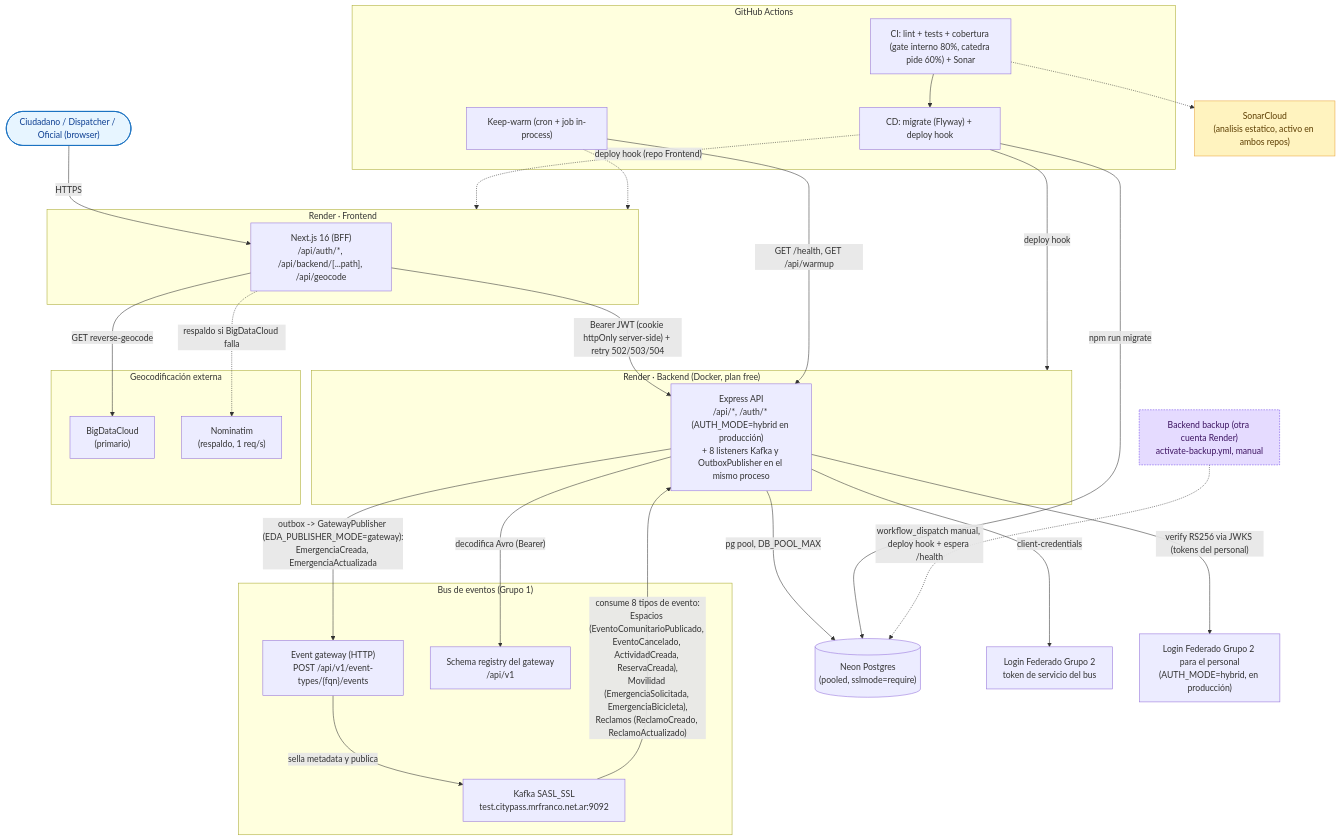
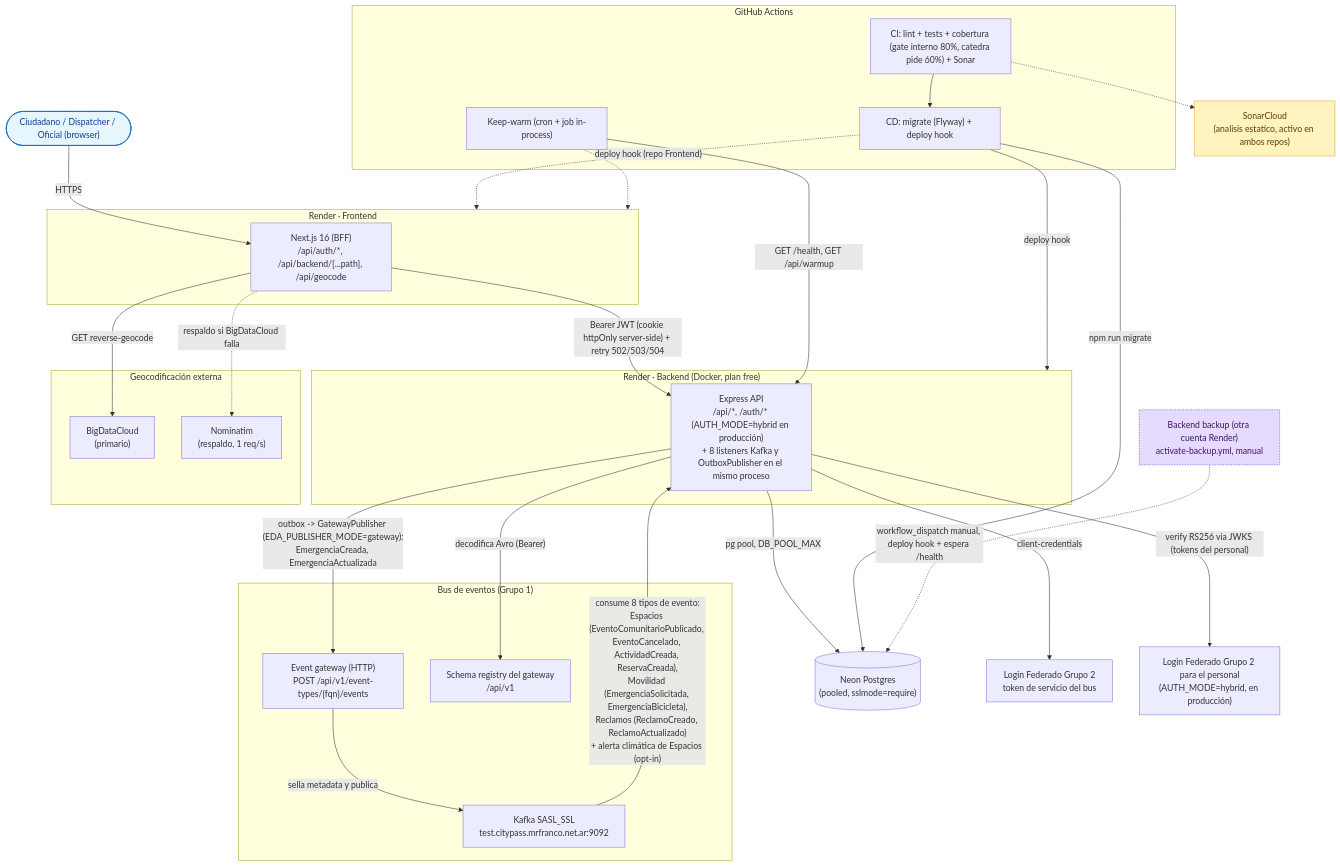
The first of 2 diagrams in docs/diagramas/03-arquitectura.md (G6D2/emergencias-backend), drawn with Mermaid before and after one commit. The commit also changed other lines of this file and 26 other files, not shown here.

First line of the commit message:
feat(alerta-climatica): responder a las alertas climáticas de Espacios (ADR #39) (#122)

````diff
--- a/docs/diagramas/03-arquitectura.md
+++ b/docs/diagramas/03-arquitectura.md
@@ -8,63 +8,63 @@
 ```mermaid
 flowchart TB
     ciudadano(["Ciudadano / Dispatcher / Oficial (browser)"]):::actor
 
     subgraph rfe["Render · Frontend"]
         bff["Next.js 16 (BFF)<br/>/api/auth/*, /api/backend/[...path], /api/geocode"]
     end
 
     subgraph rbe["Render · Backend (Docker, plan free)"]
         api["Express API<br/>/api/*, /auth/* (AUTH_MODE=hybrid en producción)<br/>+ 8 listeners Kafka y OutboxPublisher en el mismo proceso"]
     end
 
     neon[("Neon Postgres<br/>(pooled, sslmode=require)")]
 
     subgraph edaGroup["Bus de eventos (Grupo 1)"]
         kafka["Kafka SASL_SSL<br/>test.citypass.mrfranco.net.ar:9092"]
         gateway["Event gateway (HTTP)<br/>POST /api/v1/event-types/{fqn}/events"]
         registry["Schema registry del gateway<br/>/api/v1"]
     end
 
     login["Login Federado Grupo 2<br/>token de servicio del bus"]
     idp["Login Federado Grupo 2 para el personal<br/>(AUTH_MODE=hybrid, en producción)"]
 
     subgraph geo["Geocodificación externa"]
         bdc["BigDataCloud<br/>(primario)"]
         nom["Nominatim<br/>(respaldo, 1 req/s)"]
     end
 
     subgraph gha["GitHub Actions"]
         ci["CI: lint + tests + cobertura (gate interno 80%, catedra pide 60%) + Sonar"]
         cd["CD: migrate (Flyway) + deploy hook"]
         kw["Keep-warm (cron + job in-process)"]
     end
 
     sonar["SonarCloud<br/>(analisis estatico, activo en ambos repos)"]:::optional
 
     backup["Backend backup (otra cuenta Render)<br/>activate-backup.yml, manual"]:::backup
 
     ciudadano -->|HTTPS| bff
     bff -->|"Bearer JWT (cookie httpOnly server-side) + retry 502/503/504"| api
     api -->|"pg pool, DB_POOL_MAX"| neon
-    kafka -->|"consume 8 tipos de evento:<br/>Espacios (EventoComunitarioPublicado, EventoCancelado, ActividadCreada, ReservaCreada),<br/>Movilidad (EmergenciaSolicitada, EmergenciaBicicleta),<br/>Reclamos (ReclamoCreado, ReclamoActualizado)"| api
+    kafka -->|"consume 8 tipos de evento:<br/>Espacios (EventoComunitarioPublicado, EventoCancelado, ActividadCreada, ReservaCreada),<br/>Movilidad (EmergenciaSolicitada, EmergenciaBicicleta),<br/>Reclamos (ReclamoCreado, ReclamoActualizado)<br/>+ alerta climática de Espacios (opt-in)"| api
     api -->|"decodifica Avro (Bearer)"| registry
     api -->|"client-credentials"| login
     api -->|"outbox -> GatewayPublisher (EDA_PUBLISHER_MODE=gateway):<br/>EmergenciaCreada, EmergenciaActualizada"| gateway
     gateway -->|"sella metadata y publica"| kafka
     api -->|"verify RS256 via JWKS (tokens del personal)"| idp
     bff -->|"GET reverse-geocode"| bdc
     bff -.->|"respaldo si BigDataCloud falla"| nom
     ci --> cd
     cd -->|"npm run migrate"| neon
     cd -->|"deploy hook"| rbe
     cd -.->|"deploy hook (repo Frontend)"| rfe
     kw -->|"GET /health, GET /api/warmup"| api
     kw -.-> rfe
     ci -.-> sonar
     backup -.->|"workflow_dispatch manual, deploy hook + espera /health"| neon
 
     classDef actor fill:#e7f5ff,stroke:#1971c2,color:#0b3d91,stroke-width:1.5px;
     classDef planned fill:#f1f3f5,stroke:#adb5bd,color:#495057,stroke-width:1px,stroke-dasharray: 4 3;
     classDef optional fill:#fff3bf,stroke:#e8a33d,color:#5c3d00,stroke-width:1px;
     classDef backup fill:#e5dbff,stroke:#7048e8,color:#3c1361,stroke-width:1px,stroke-dasharray: 3 2;
 ```
````
